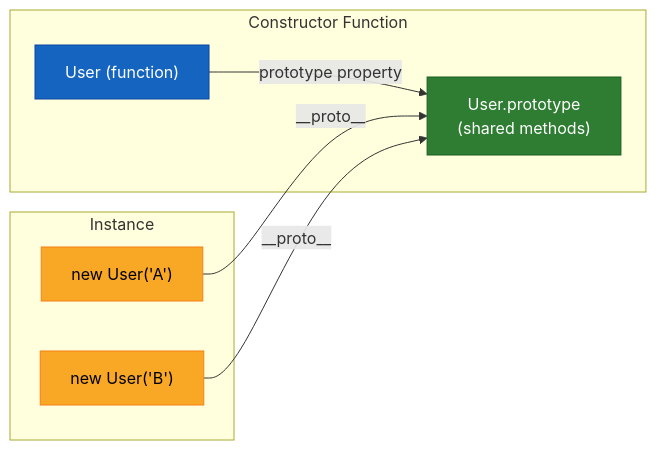
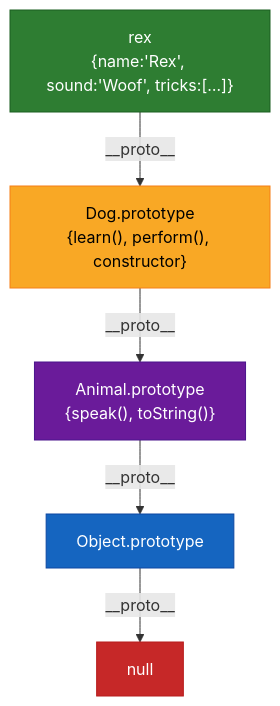
Before and after one commit to PrashantMudhiraj/JSAdv: diagram 13 of 23 in javascript-notes.md, drawn with Mermaid. The commit also changed other lines of this file, not shown here.

````diff
--- a/javascript-notes.md
+++ b/javascript-notes.md
@@ -1708,20 +2553,19 @@
 ```mermaid
-flowchart LR
-    subgraph "Constructor Function"
-        CF["User (function)"]
-        CFP["User.prototype<br/>(shared methods)"]
-        CF -->|"prototype property"| CFP
-    end
+flowchart TB
+    NULL["null"]
+    OP["Object.prototype"]
+    AP["Animal.prototype\n{speak(), toString()}"]
+    DP["Dog.prototype\n{learn(), perform(), constructor}"]
+    REX["rex\n{name:'Rex', sound:'Woof', tricks:[…]}"]
 
-    subgraph "Instance"
-        I1["new User('A')"]
-        I2["new User('B')"]
-        I1 -->|"__proto__"| CFP
-        I2 -->|"__proto__"| CFP
-    end
+    REX -->|"__proto__"| DP
+    DP  -->|"__proto__"| AP
+    AP  -->|"__proto__"| OP
+    OP  -->|"__proto__"| NULL
 
-    style CF fill:#1565c0,color:#fff,stroke:#0d47a1
-    style CFP fill:#2e7d32,color:#fff,stroke:#1b5e20
-    style I1 fill:#f9a825,color:#000,stroke:#f57f17
-    style I2 fill:#f9a825,color:#000,stroke:#f57f17
+    style NULL fill:#c62828,color:#fff,stroke:#b71c1c
+    style OP   fill:#1565c0,color:#fff,stroke:#0d47a1
+    style AP   fill:#6a1b9a,color:#fff,stroke:#4a148c
+    style DP   fill:#f9a825,color:#000,stroke:#f57f17
+    style REX  fill:#2e7d32,color:#fff,stroke:#1b5e20
 ```
````
